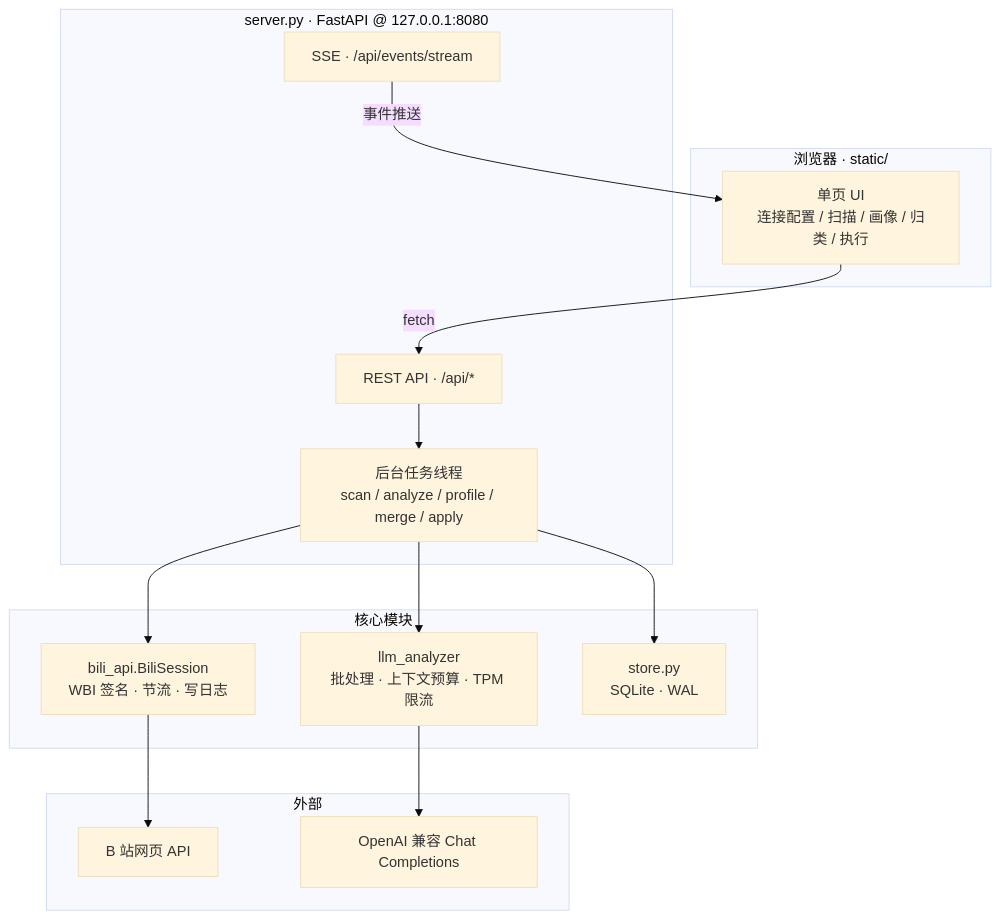
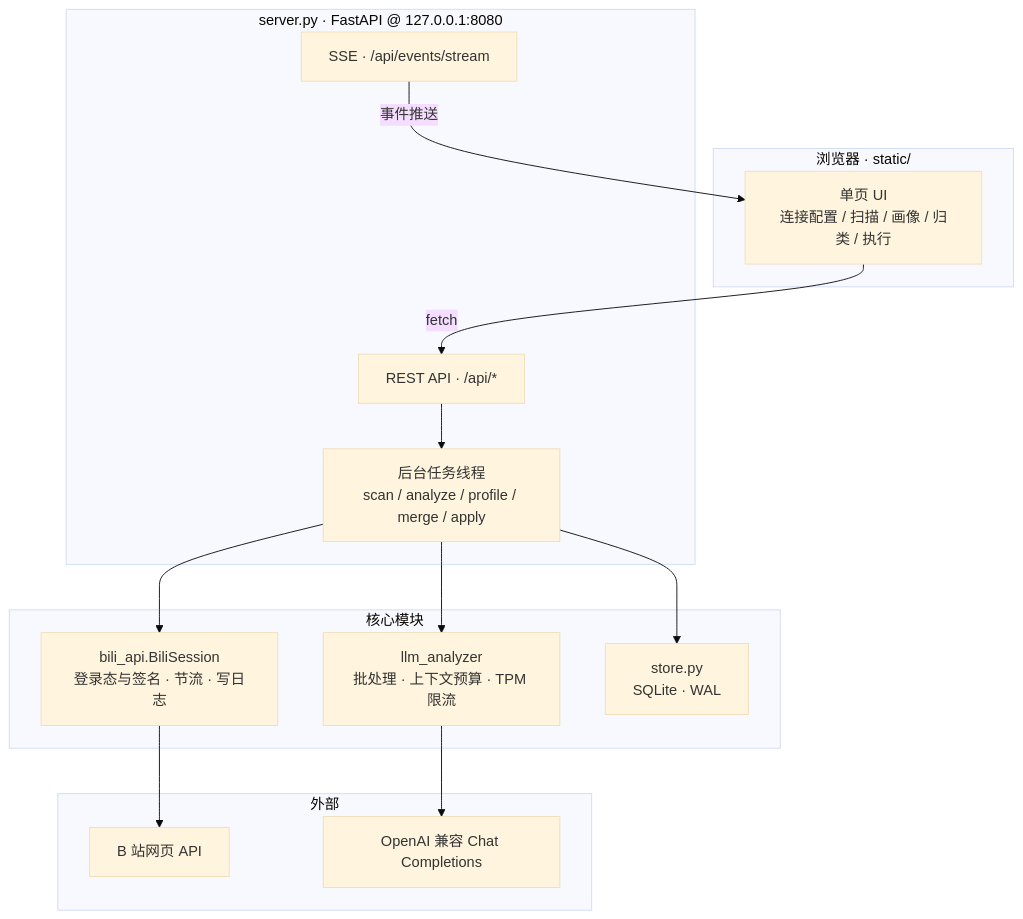
One commit to Martin-soaring-dev/bili-fav-organizer changed the first of 2 diagrams in docs/project-overview.md. Above: the diagram before and after it, drawn with Mermaid (base theme). The commit also changed other lines of this file, not shown here.

````diff
--- a/docs/project-overview.md
+++ b/docs/project-overview.md
@@ -57,32 +57,32 @@
 ```mermaid
 flowchart TB
     subgraph Browser["浏览器 · static/"]
         UI["单页 UI<br/>连接配置 / 扫描 / 画像 / 归类 / 执行"]
     end
 
     subgraph Server["server.py · FastAPI @ 127.0.0.1:8080"]
         API["REST API · /api/*"]
         SSE["SSE · /api/events/stream"]
         Jobs["后台任务线程<br/>scan / analyze / profile / merge / apply"]
     end
 
     subgraph Core["核心模块"]
-        BA["bili_api.BiliSession<br/>WBI 签名 · 节流 · 写日志"]
+        BA["bili_api.BiliSession<br/>登录态与签名 · 节流 · 写日志"]
         LLM["llm_analyzer<br/>批处理 · 上下文预算 · TPM 限流"]
         ST["store.py<br/>SQLite · WAL"]
     end
 
     subgraph External["外部"]
         BILI["B 站网页 API"]
         LLMAPI["OpenAI 兼容 Chat Completions"]
     end
 
     UI -->|fetch| API
     SSE -->|事件推送| UI
     API --> Jobs
     Jobs --> BA
     Jobs --> LLM
     Jobs --> ST
     BA --> BILI
     LLM --> LLMAPI
 ```
````
